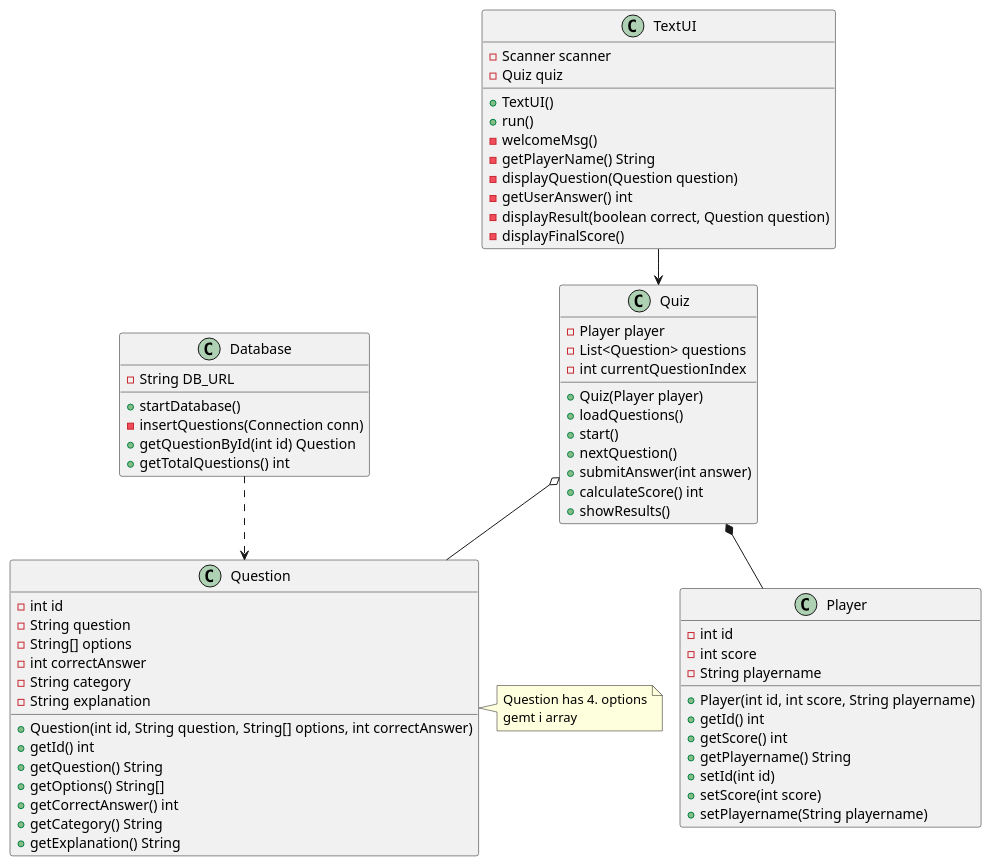
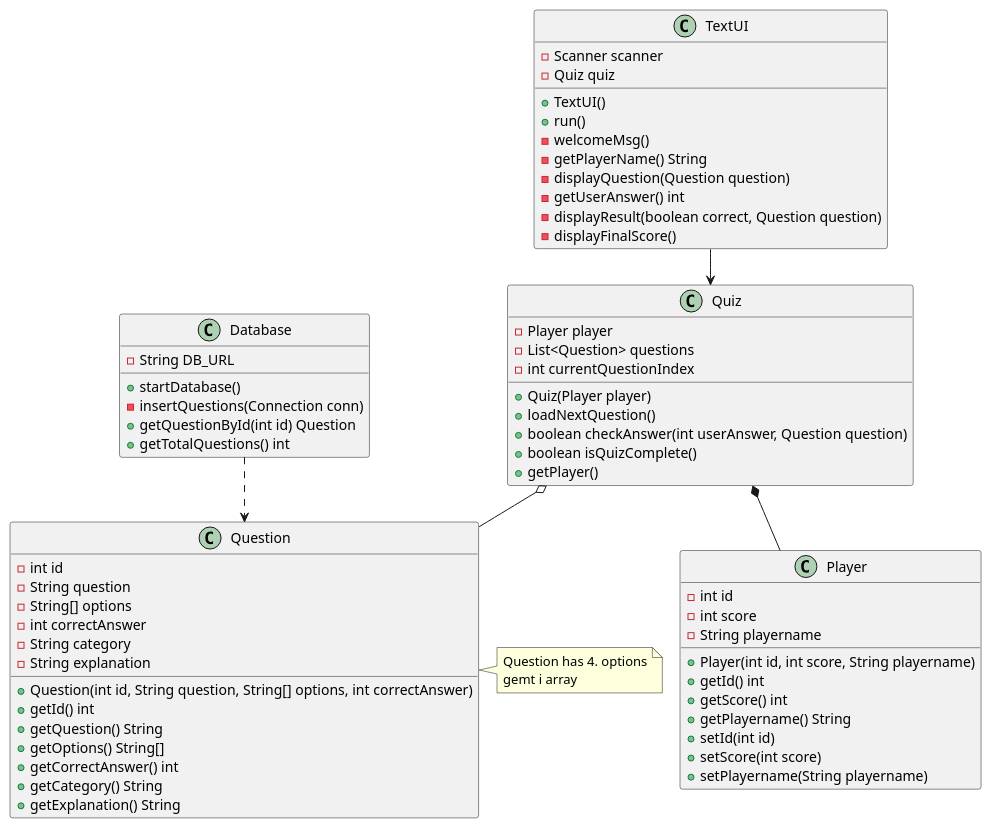
One commit to MalakKh1/ICESP4 changed the diagram in doc-diagram/Klassediagram.puml. Above: the diagram before and after it, drawn with PlantUML.

Commit message:
Refactor klassediagram methods
Removed methods from Quiz class and added new ones.

```diff
--- a/doc-diagram/Klassediagram.puml
+++ b/doc-diagram/Klassediagram.puml
@@ -1,86 +1,84 @@
 @startuml
 
 !pragma layout smetana
 
 class Quiz
 class Player
 class Question
 class Database
 class TextUI
 
 TextUI --> Quiz
 
 Quiz *-- Player
 Quiz o-- Question
 
 Database ..> Question
 note right of Question
    Question has 4. options
    gemt i array
 end note
 
 
 class Database {
 - String DB_URL
 + startDatabase()
 - insertQuestions(Connection conn)
 + getQuestionById(int id) Question
 + getTotalQuestions() int
 }
 
 class Player {
 - int id
 - int score
 - String playername
 + Player(int id, int score, String playername)
 + getId() int
 + getScore() int
 + getPlayername() String
 + setId(int id)
 + setScore(int score)
 + setPlayername(String playername)
 }
 
 class Question {
 - int id
 - String question
 - String[] options
 - int correctAnswer
 - String category
 - String explanation
 + Question(int id, String question, String[] options, int correctAnswer)
 + getId() int
 + getQuestion() String
 + getOptions() String[]
 + getCorrectAnswer() int
 + getCategory() String
 + getExplanation() String
 }
 
 class Quiz {
 - Player player
 - List<Question> questions
 - int currentQuestionIndex
 + Quiz(Player player)
-+ loadQuestions()
-+ start()
-+ nextQuestion()
-+ submitAnswer(int answer)
-+ calculateScore() int
-+ showResults()
++ loadNextQuestion()
++ boolean checkAnswer(int userAnswer, Question question)
++ boolean isQuizComplete()
++ getPlayer()
 }
 
 class TextUI {
 - Scanner scanner
 - Quiz quiz
 + TextUI()
 + run()
 - welcomeMsg()
 - getPlayerName() String
 - displayQuestion(Question question)
 - getUserAnswer() int
 - displayResult(boolean correct, Question question)
 - displayFinalScore()
 }
 
 @enduml
```
